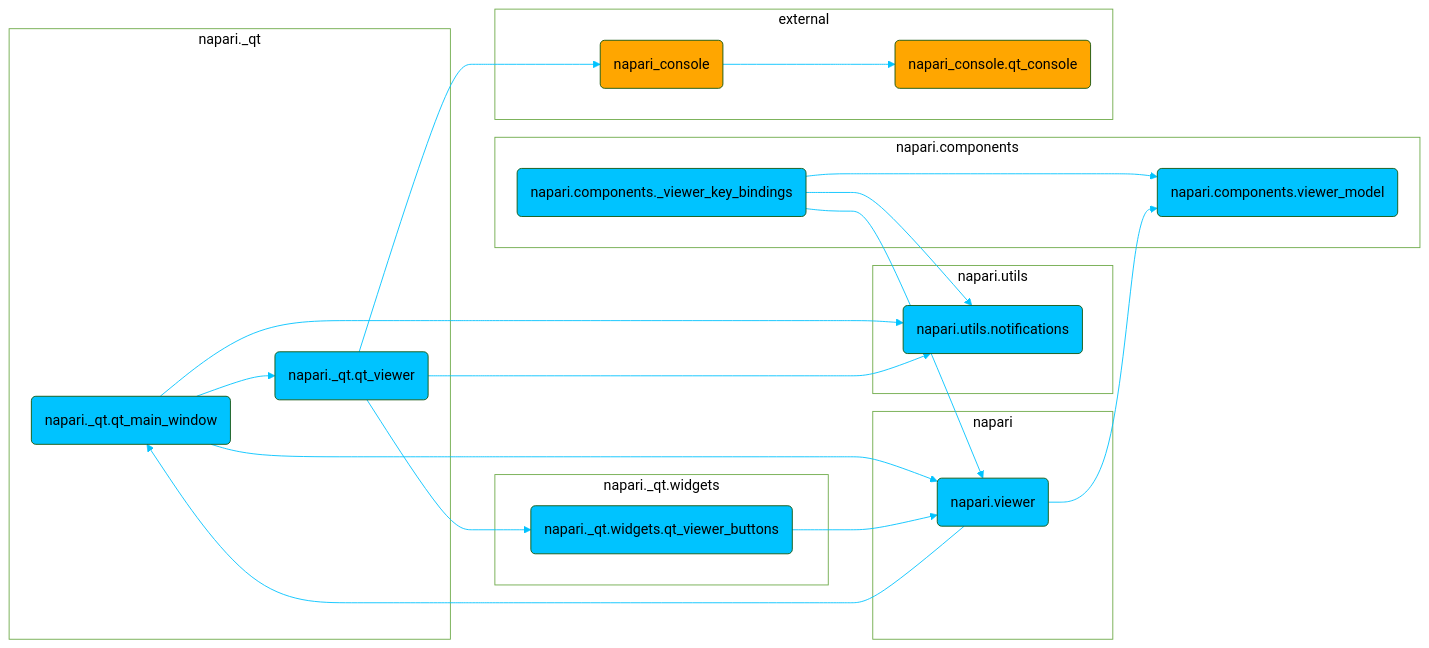
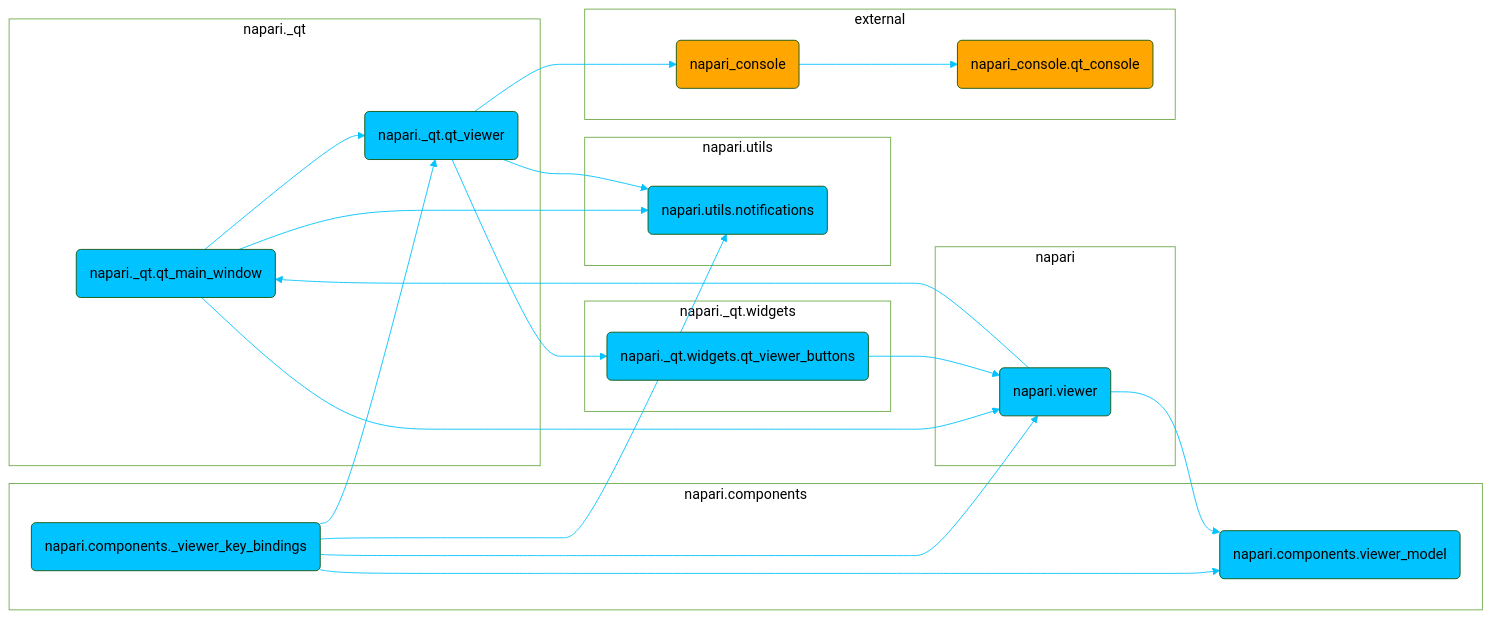
The diagram in dev/_sources/developers/architecture/ui_sections/console_ui.md (napari/napari.github.io), drawn with Mermaid (forest theme) before and after one commit. The commit also changed 703 other files, not shown here.

````diff
--- a/dev/_sources/developers/architecture/ui_sections/console_ui.md
+++ b/dev/_sources/developers/architecture/ui_sections/console_ui.md
@@ -3,66 +3,67 @@
 ```{mermaid}
 graph LR
 	accTitle: Dependencies between modules in the napari Console (napari-console) UI section
 	accDescr: Diagram showing the dependencies between the modules involved in the definition of the napari Console (napari-console) UI section
 	napari._qt.qt_main_window(napari._qt.qt_main_window)
 	napari._qt.qt_main_window --> napari._qt.qt_viewer
 	napari._qt.qt_main_window --> napari.utils.notifications
 	napari._qt.qt_main_window --> napari.viewer
 	click napari._qt.qt_main_window "https://github.com/napari/napari/tree/main/napari/_qt/qt_main_window.py" _blank
 	napari._qt.qt_viewer(napari._qt.qt_viewer)
 	napari._qt.qt_viewer --> napari._qt.widgets.qt_viewer_buttons
 	napari._qt.qt_viewer --> napari.utils.notifications
 	napari._qt.qt_viewer --> napari_console
 	click napari._qt.qt_viewer "https://github.com/napari/napari/tree/main/napari/_qt/qt_viewer.py" _blank
 	napari._qt.widgets.qt_viewer_buttons(napari._qt.widgets.qt_viewer_buttons)
 	napari._qt.widgets.qt_viewer_buttons --> napari.viewer
 	click napari._qt.widgets.qt_viewer_buttons "https://github.com/napari/napari/tree/main/napari/_qt/widgets/qt_viewer_buttons.py" _blank
 	napari.components._viewer_key_bindings(napari.components._viewer_key_bindings)
+	napari.components._viewer_key_bindings --> napari._qt.qt_viewer
 	napari.components._viewer_key_bindings --> napari.components.viewer_model
 	napari.components._viewer_key_bindings --> napari.utils.notifications
 	napari.components._viewer_key_bindings --> napari.viewer
 	click napari.components._viewer_key_bindings "https://github.com/napari/napari/tree/main/napari/components/_viewer_key_bindings.py" _blank
 	napari.components.viewer_model(napari.components.viewer_model)
 	click napari.components.viewer_model "https://github.com/napari/napari/tree/main/napari/components/viewer_model.py" _blank
 	napari.utils.notifications(napari.utils.notifications)
 	click napari.utils.notifications "https://github.com/napari/napari/tree/main/napari/utils/notifications.py" _blank
 	napari.viewer(napari.viewer)
 	napari.viewer --> napari._qt.qt_main_window
 	napari.viewer --> napari.components.viewer_model
 	click napari.viewer "https://github.com/napari/napari/tree/main/napari/viewer.py" _blank
 	napari_console(napari_console)
 	napari_console --> napari_console.qt_console
 	napari_console.qt_console(napari_console.qt_console)
 	subgraph module.napari._qt[napari._qt]
 		 napari._qt.qt_main_window
 		 napari._qt.qt_viewer
 	end
 	class module.napari._qt subgraphs
 	subgraph module.napari._qt.widgets[napari._qt.widgets]
 		 napari._qt.widgets.qt_viewer_buttons
 	end
 	class module.napari._qt.widgets subgraphs
 	subgraph module.napari.components[napari.components]
 		 napari.components._viewer_key_bindings
 		 napari.components.viewer_model
 	end
 	class module.napari.components subgraphs
 	subgraph module.napari.utils[napari.utils]
 		 napari.utils.notifications
 	end
 	class module.napari.utils subgraphs
 	subgraph module.napari[napari]
 		 napari.viewer
 	end
 	class module.napari subgraphs
 	subgraph module.external[external]
 		 napari_console
 		 napari_console.qt_console
 	end
 	class module.external subgraphs
 	classDef subgraphs fill:white,strock:black,color:black;	classDef default fill:#00c3ff,color:black;
 	linkStyle default stroke:#00c3ff
 	classDef external fill:#ffa600,color:black;
 	class napari_console external
 	class napari_console.qt_console external
 ```
````
